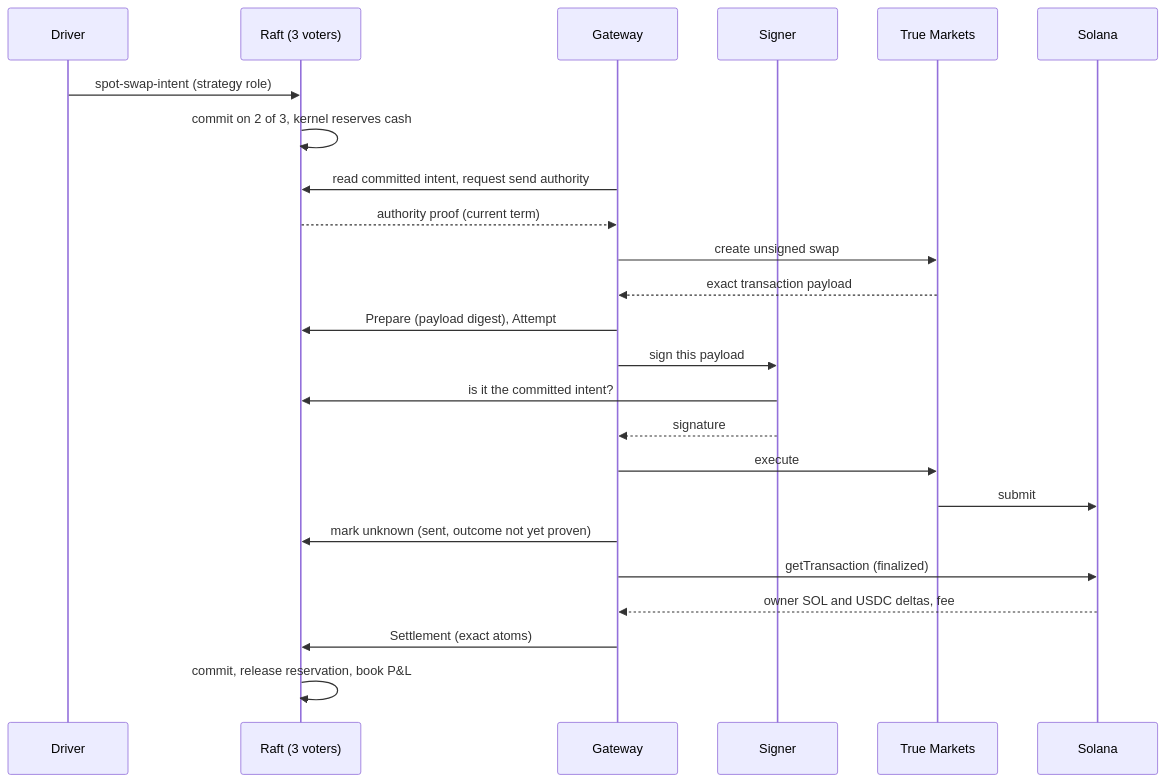
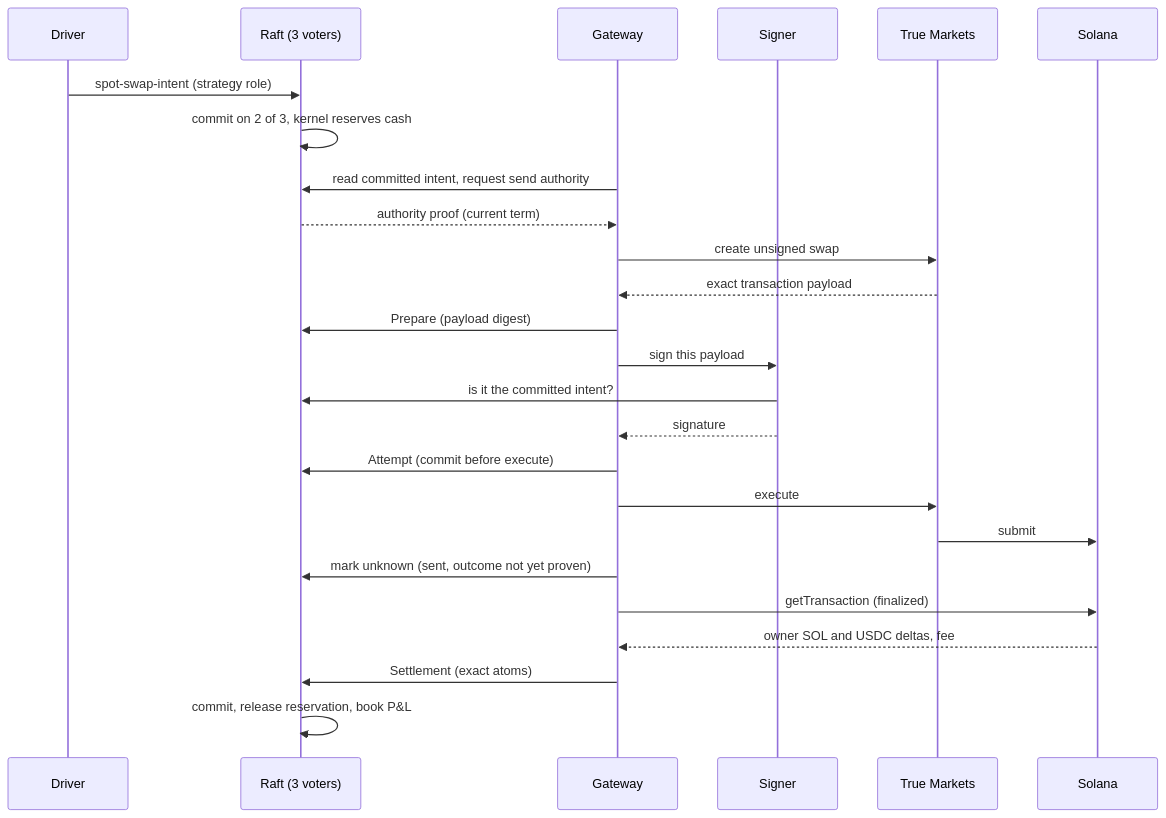
The second of 6 diagrams in README.md (vishaljha2121/Velocita), drawn with Mermaid before and after one commit. The commit also changed other lines of this file and 7 other files, not shown here.

First line of the commit message:
Correct published evidence scope and architecture guarantees

````diff
--- a/README.md
+++ b/README.md
@@ -102,26 +103,27 @@
 ```mermaid
 sequenceDiagram
   participant D as Driver
   participant R as Raft (3 voters)
   participant G as Gateway
   participant S as Signer
   participant T as True Markets
   participant C as Solana
   D->>R: spot-swap-intent (strategy role)
   R->>R: commit on 2 of 3, kernel reserves cash
   G->>R: read committed intent, request send authority
   R-->>G: authority proof (current term)
   G->>T: create unsigned swap
   T-->>G: exact transaction payload
-  G->>R: Prepare (payload digest), Attempt
+  G->>R: Prepare (payload digest)
   G->>S: sign this payload
   S->>R: is it the committed intent?
   S-->>G: signature
+  G->>R: Attempt (commit before execute)
   G->>T: execute
   T->>C: submit
   G->>R: mark unknown (sent, outcome not yet proven)
   G->>C: getTransaction (finalized)
   C-->>G: owner SOL and USDC deltas, fee
   G->>R: Settlement (exact atoms)
   R->>R: commit, release reservation, book P&L
 ```
````
